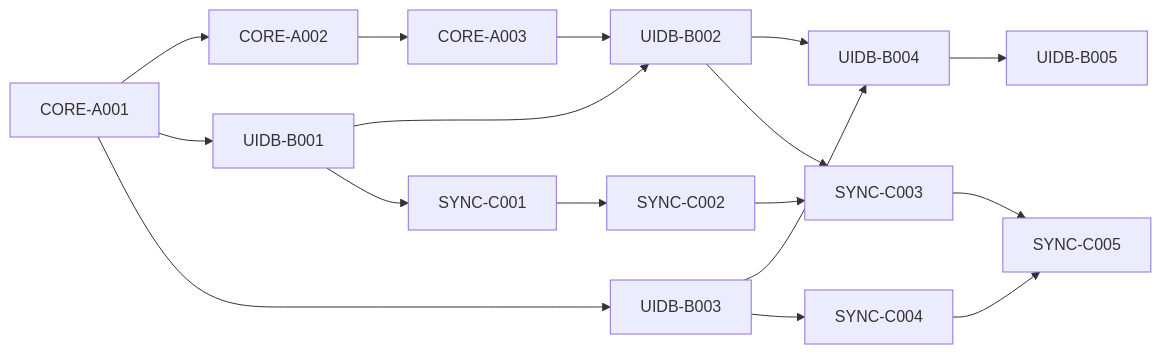
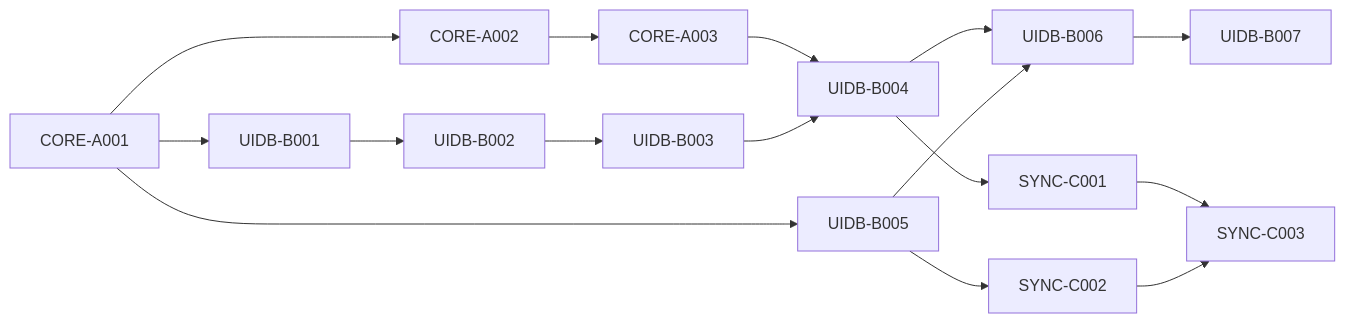
The diagram in .constitution/tasks/critical-path.md (SkrOYC/burlmd), drawn with Mermaid before and after one commit. The commit also changed other lines of this file and 4 other files, not shown here.

Commit message:
Fix PR review findings (Round 4): fix schema id comment and links constraint, reorganize epic B and C to fix encryption order, add search snippet and fix FFI signatures

````diff
--- a/.constitution/tasks/critical-path.md
+++ b/.constitution/tasks/critical-path.md
@@ -26,26 +26,24 @@
 ```mermaid
 flowchart LR
     A001[CORE-A001] --> A002[CORE-A002]
     A001 --> B001[UIDB-B001]
-    A001 --> B003[UIDB-B003]
+    A001 --> B005[UIDB-B005]
     
     A002 --> A003[CORE-A003]
     
-    A003 --> B002[UIDB-B002]
-    B001 --> B002
+    B001 --> B002[UIDB-B002]
+    B002 --> B003[UIDB-B003]
     
-    B002 --> B004[UIDB-B004]
+    A003 --> B004[UIDB-B004]
     B003 --> B004
-    B004 --> B005[UIDB-B005]
     
-    B001 --> C001[SYNC-C001]
-    C001 --> C002[SYNC-C002]
+    B004 --> B006[UIDB-B006]
+    B005 --> B006
+    B006 --> B007[UIDB-B007]
     
-    C002 --> C003[SYNC-C003]
-    B002 --> C003
+    B004 --> C001[SYNC-C001]
+    B005 --> C002[SYNC-C002]
     
-    B003 --> C004[SYNC-C004]
-    
-    C003 --> C005[SYNC-C005]
-    C004 --> C005
+    C001 --> C003[SYNC-C003]
+    C002 --> C003
 ```
````
